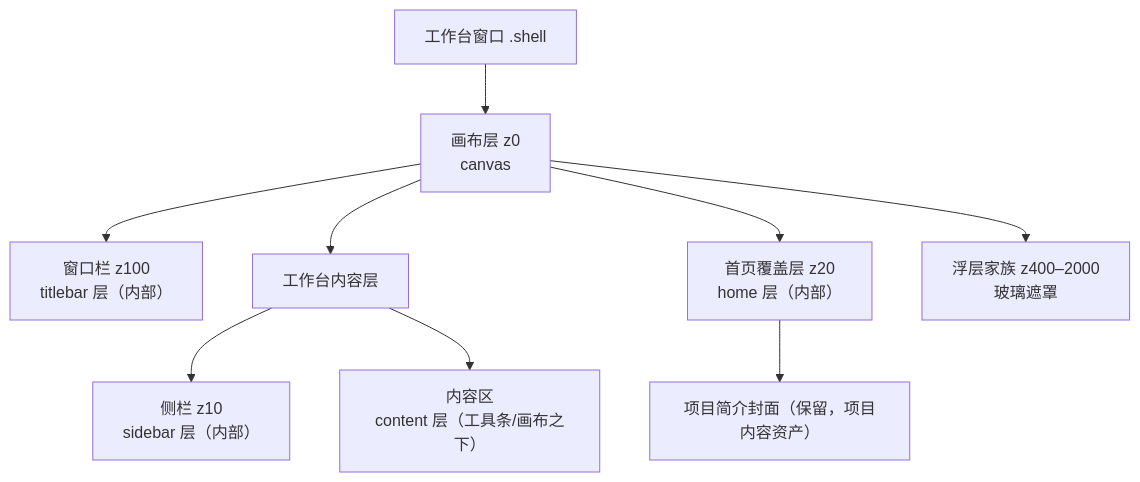
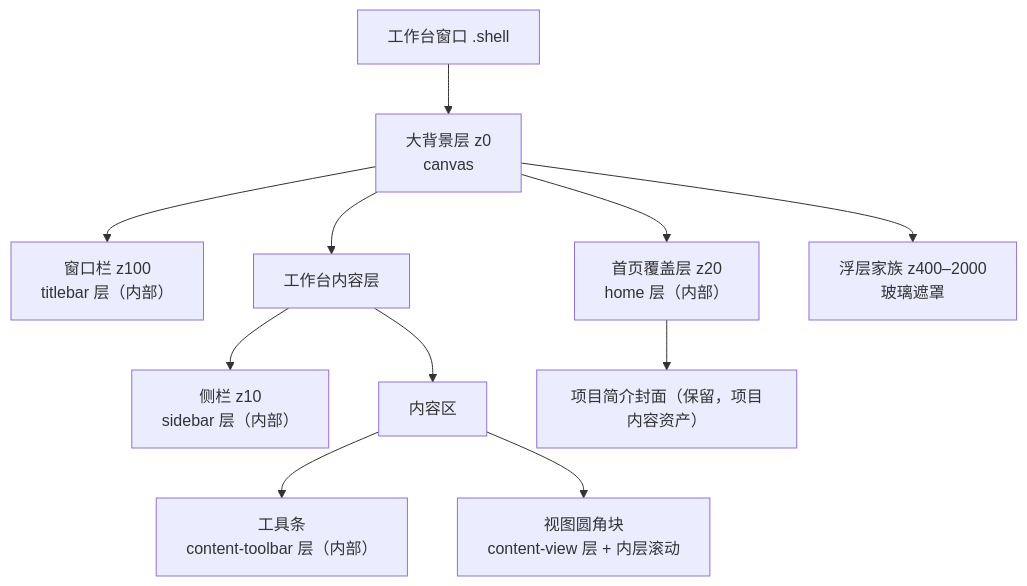
One commit to LINGTIAN303/WorldSea changed the first of 2 diagrams in docs/details/架构/界面背景机制-v2.md. Above: the diagram before and after it, drawn with Mermaid. The commit also changed other lines of this file and 2 other files, not shown here.

````diff
--- a/docs/details/架构/界面背景机制-v2.md
+++ b/docs/details/架构/界面背景机制-v2.md
@@ -50,11 +56,13 @@
 ```mermaid
 flowchart TD
-  W["工作台窗口 .shell"] --> C["画布层 z0<br/>canvas"]
+  W["工作台窗口 .shell"] --> C["大背景层 z0<br/>canvas"]
   C --> TB["窗口栏 z100<br/>titlebar 层（内部）"]
   C --> CL["工作台内容层"]
   CL --> SB["侧栏 z10<br/>sidebar 层（内部）"]
-  CL --> VC["内容区<br/>content 层（工具条/画布之下）"]
+  CL --> VC["内容区"]
+  VC --> VTB["工具条<br/>content-toolbar 层（内部）"]
+  VC --> VW["视图圆角块<br/>content-view 层 + 内层滚动"]
   C --> HM["首页覆盖层 z20<br/>home 层（内部）"]
   C --> OV["浮层家族 z400–2000<br/>玻璃遮罩"]
   HM --> COVER["项目简介封面（保留，项目内容资产）"]
 ```
````
